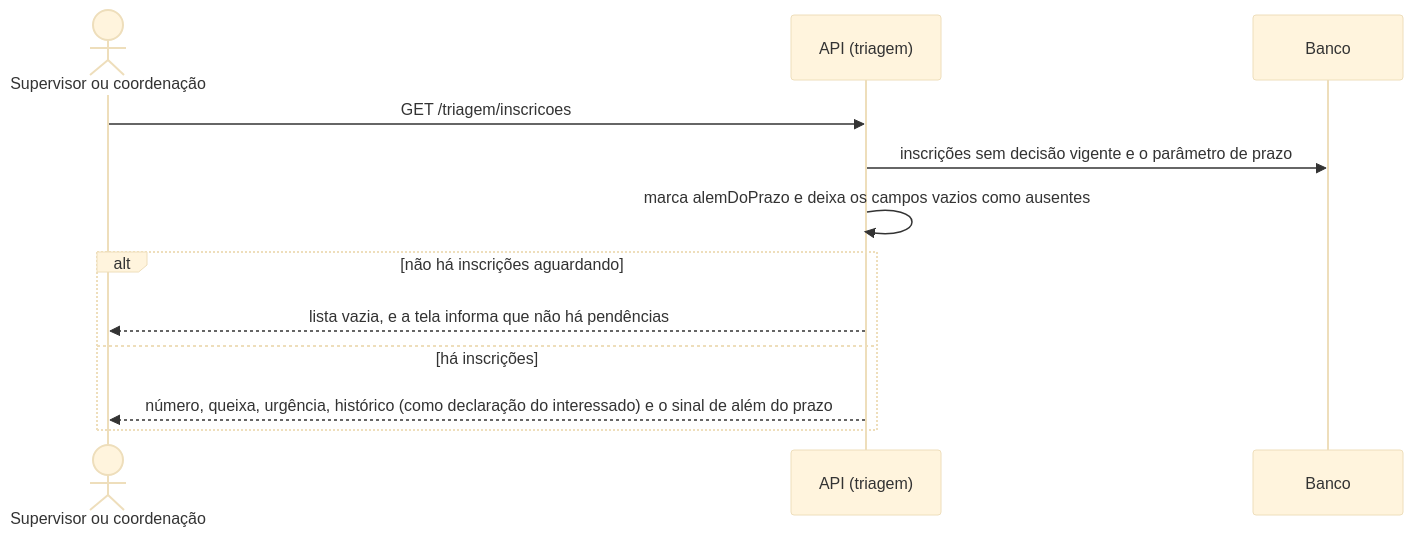
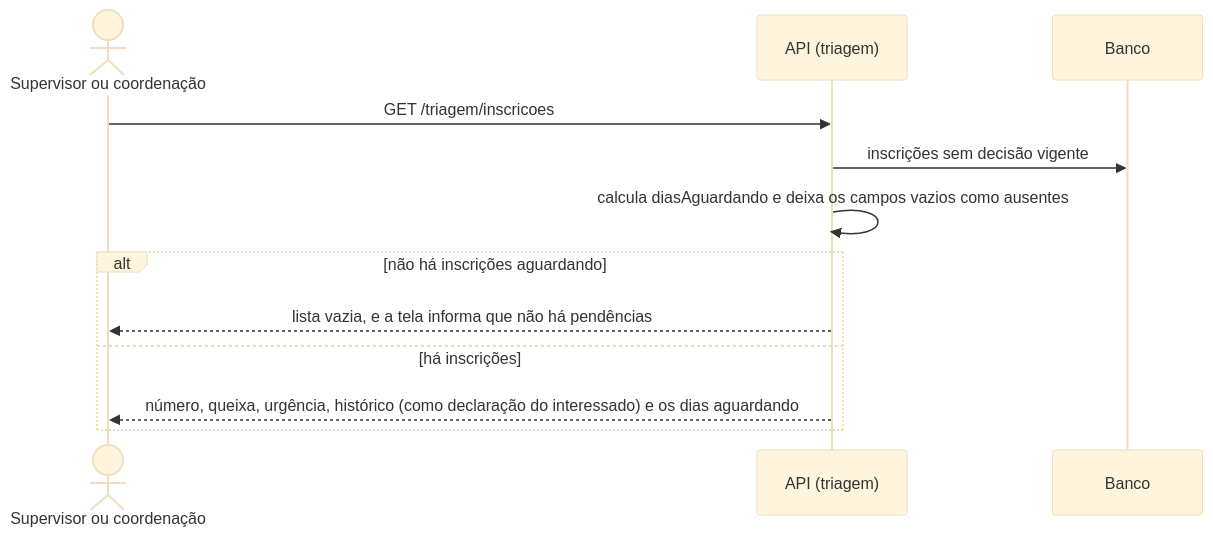
One commit to mdsreq-fga-unb/REQ-2026.2-T02-ClinicaEscolaFBr changed the eighth of 13 diagrams in documentacao/docs/unidade-3/projeto-features-ciclo-3.md. Above: the diagram before and after it, drawn with Mermaid (base theme). The commit also changed other lines of this file and 16 other files, not shown here.

````diff
--- a/documentacao/docs/unidade-3/projeto-features-ciclo-3.md
+++ b/documentacao/docs/unidade-3/projeto-features-ciclo-3.md
@@ -379,14 +376,14 @@
 ```mermaid
 sequenceDiagram
     actor S as Supervisor ou coordenação
     participant A as API (triagem)
     participant DB as Banco
     S->>A: GET /triagem/inscricoes
-    A->>DB: inscrições sem decisão vigente e o parâmetro de prazo
-    A->>A: marca alemDoPrazo e deixa os campos vazios como ausentes
+    A->>DB: inscrições sem decisão vigente
+    A->>A: calcula diasAguardando e deixa os campos vazios como ausentes
     alt não há inscrições aguardando
         A-->>S: lista vazia, e a tela informa que não há pendências
     else há inscrições
-        A-->>S: número, queixa, urgência, histórico (como declaração do interessado) e o sinal de além do prazo
+        A-->>S: número, queixa, urgência, histórico (como declaração do interessado) e os dias aguardando
     end
 ```
````
